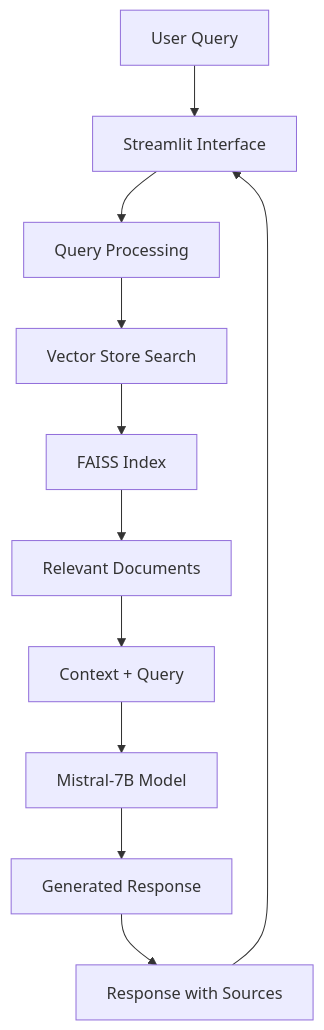
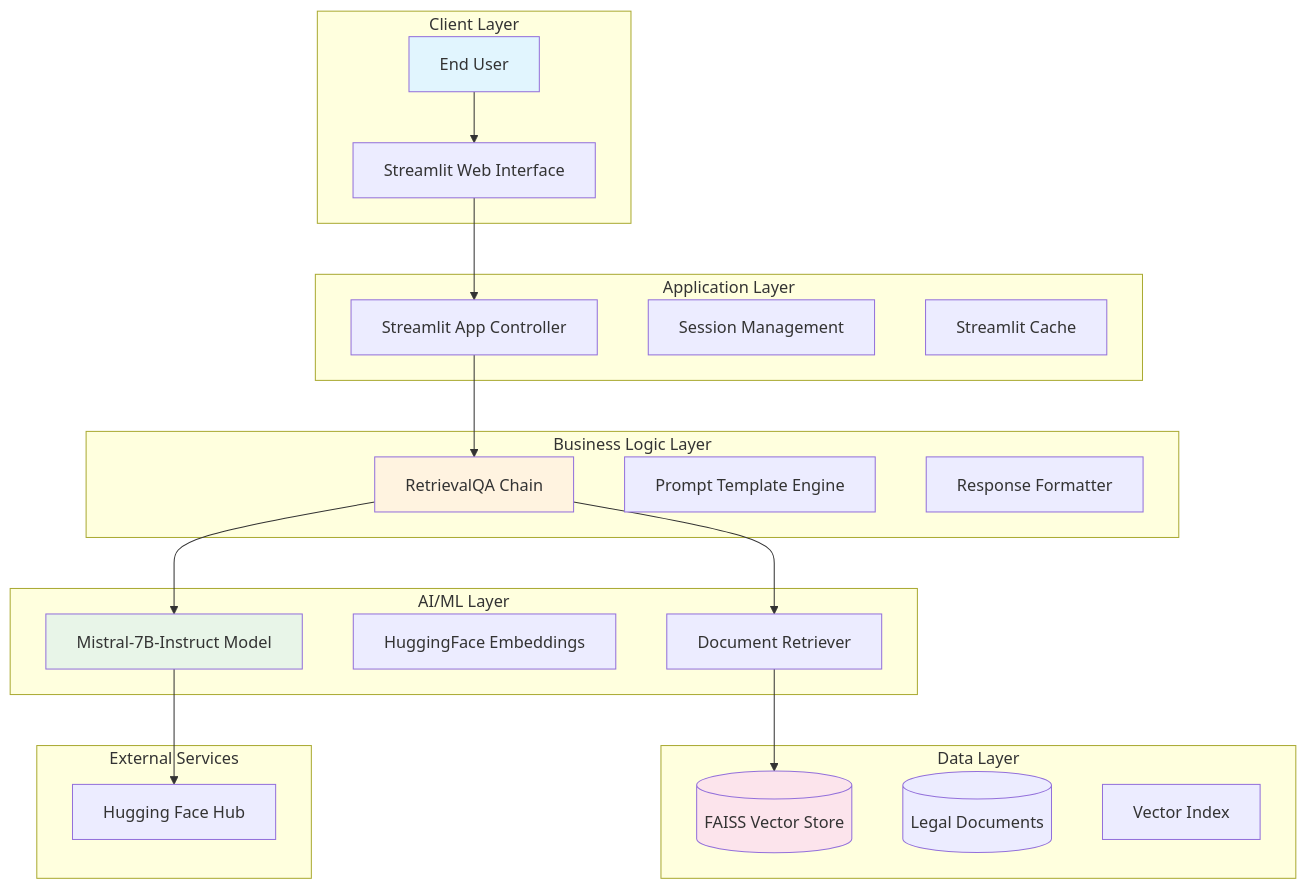
One commit to 01rahulsingh86/LawBot---Your-Legal-Assistant changed the first of 2 diagrams in README.md. Above: the diagram before and after it, drawn with Mermaid. The commit also changed other lines of this file and 4 other files, not shown here.

````diff
--- a/README.md
+++ b/README.md
@@ -63,13 +56,48 @@
 ```mermaid
-graph TD
-    A[User Query] --> B[Streamlit Interface]
-    B --> C[Query Processing]
-    C --> D[Vector Store Search]
-    D --> E[FAISS Index]
-    E --> F[Relevant Documents]
-    F --> G[Context + Query]
-    G --> H[Mistral-7B Model]
-    H --> I[Generated Response]
-    I --> J[Response with Sources]
-    J --> B
+graph TB
+    subgraph "Client Layer"
+        UI[Streamlit Web Interface]
+        USER[End User]
+    end
+    
+    subgraph "Application Layer"
+        STREAMLIT[Streamlit App Controller]
+        SESSION[Session Management]
+        CACHE[Streamlit Cache]
+    end
+    
+    subgraph "Business Logic Layer"
+        QA_CHAIN[RetrievalQA Chain]
+        PROMPT_ENGINE[Prompt Template Engine]
+        RESPONSE_FORMATTER[Response Formatter]
+    end
+    
+    subgraph "AI/ML Layer"
+        LLM[Mistral-7B-Instruct Model]
+        EMBEDDINGS[HuggingFace Embeddings]
+        RETRIEVER[Document Retriever]
+    end
+    
+    subgraph "Data Layer"
+        VECTOR_STORE[(FAISS Vector Store)]
+        LEGAL_DOCS[(Legal Documents)]
+        INDEX[Vector Index]
+    end
+    
+    subgraph "External Services"
+        HF_HUB[Hugging Face Hub]
+    end
+    
+    USER --> UI
+    UI --> STREAMLIT
+    STREAMLIT --> QA_CHAIN
+    QA_CHAIN --> RETRIEVER
+    RETRIEVER --> VECTOR_STORE
+    QA_CHAIN --> LLM
+    LLM --> HF_HUB
+    
+    style USER fill:#e1f5fe
+    style QA_CHAIN fill:#fff3e0
+    style LLM fill:#e8f5e8
+    style VECTOR_STORE fill:#fce4ec
 ```
````
